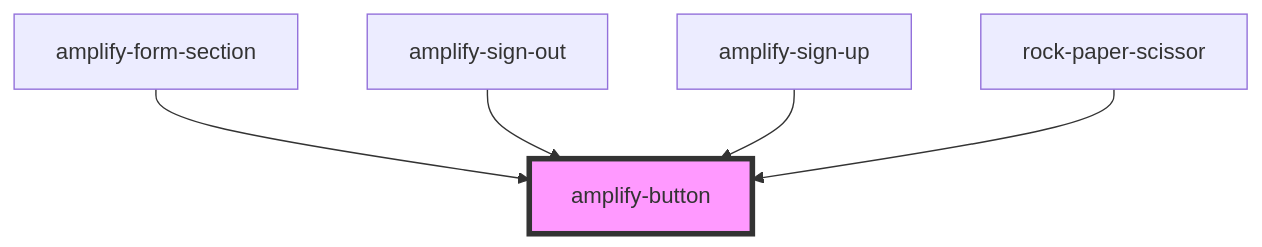
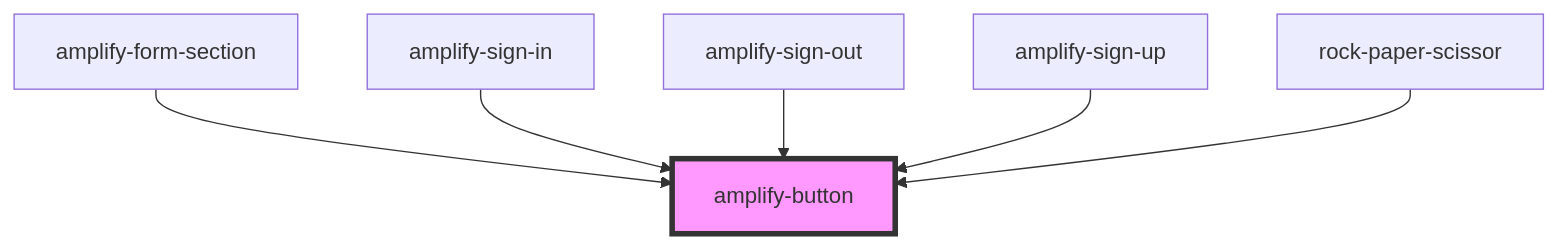
One commit to OneDev0411/amplify-js changed the diagram in packages/amplify-ui-components/src/components/amplify-button/readme.md. Above: the diagram before and after it, drawn with Mermaid. The commit also changed other lines of this file and 24 other files, not shown here.

````diff
--- a/packages/amplify-ui-components/src/components/amplify-button/readme.md
+++ b/packages/amplify-ui-components/src/components/amplify-button/readme.md
@@ -25,8 +26,9 @@
 ```mermaid
 graph TD;
   amplify-form-section --> amplify-button
+  amplify-sign-in --> amplify-button
   amplify-sign-out --> amplify-button
   amplify-sign-up --> amplify-button
   rock-paper-scissor --> amplify-button
   style amplify-button fill:#f9f,stroke:#333,stroke-width:4px
 ```
````
